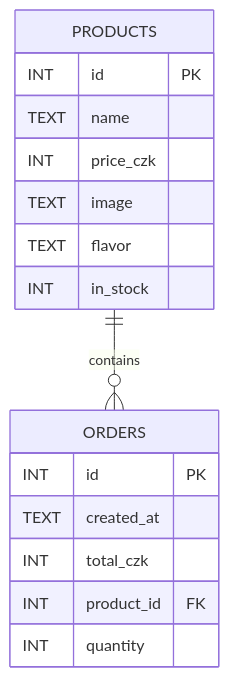
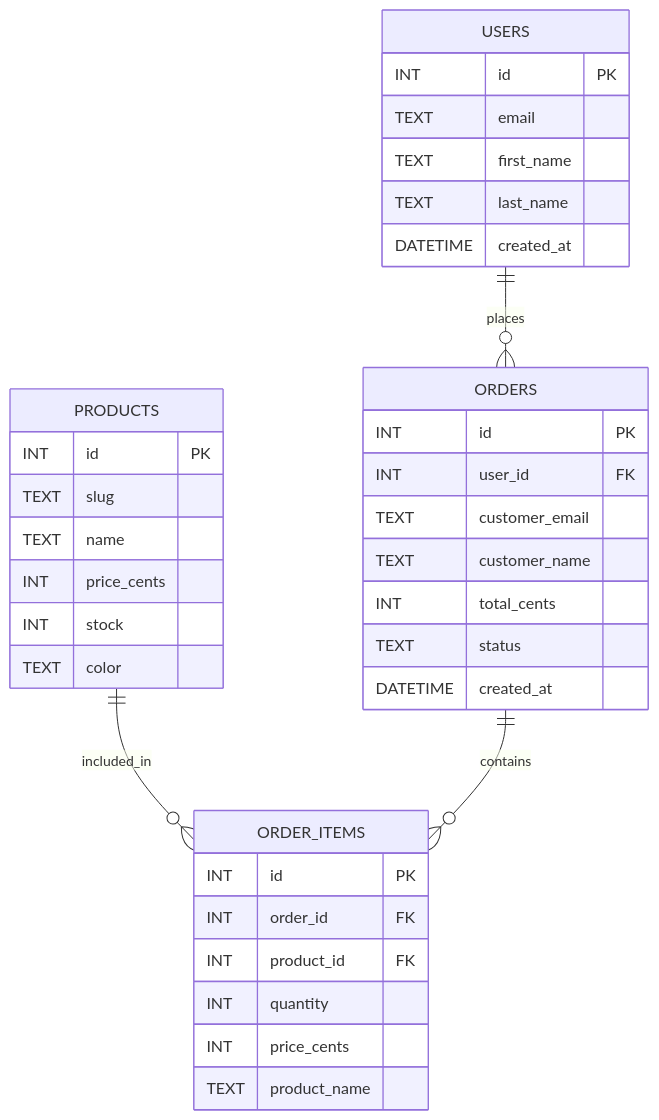
The diagram in Housa Jakub/docs/diagrams/er-minimal.mmd (koudelkaMatej/Maturitni_projekty_EP4A_1.pol), drawn with Mermaid before and after one commit. The commit also changed 910 other files, not shown here.

```diff
--- a/Housa Jakub/docs/diagrams/er-minimal.mmd
+++ b/Housa Jakub/docs/diagrams/er-minimal.mmd
@@ -1,18 +1,37 @@
 erDiagram
+  USERS {
+    INT id PK
+    TEXT email
+    TEXT first_name
+    TEXT last_name
+    DATETIME created_at
+  }
   PRODUCTS {
     INT id PK
+    TEXT slug
     TEXT name
-    INT price_czk
-    TEXT image
-    TEXT flavor
-    INT in_stock
+    INT price_cents
+    INT stock
+    TEXT color
   }
   ORDERS {
     INT id PK
-    TEXT created_at
-    INT total_czk
+    INT user_id FK
+    TEXT customer_email
+    TEXT customer_name
+    INT total_cents
+    TEXT status
+    DATETIME created_at
+  }
+  ORDER_ITEMS {
+    INT id PK
+    INT order_id FK
     INT product_id FK
     INT quantity
+    INT price_cents
+    TEXT product_name
   }
 
-  PRODUCTS ||--o{ ORDERS : contains
+  USERS ||--o{ ORDERS : places
+  PRODUCTS ||--o{ ORDER_ITEMS : included_in
+  ORDERS ||--o{ ORDER_ITEMS : contains
```
